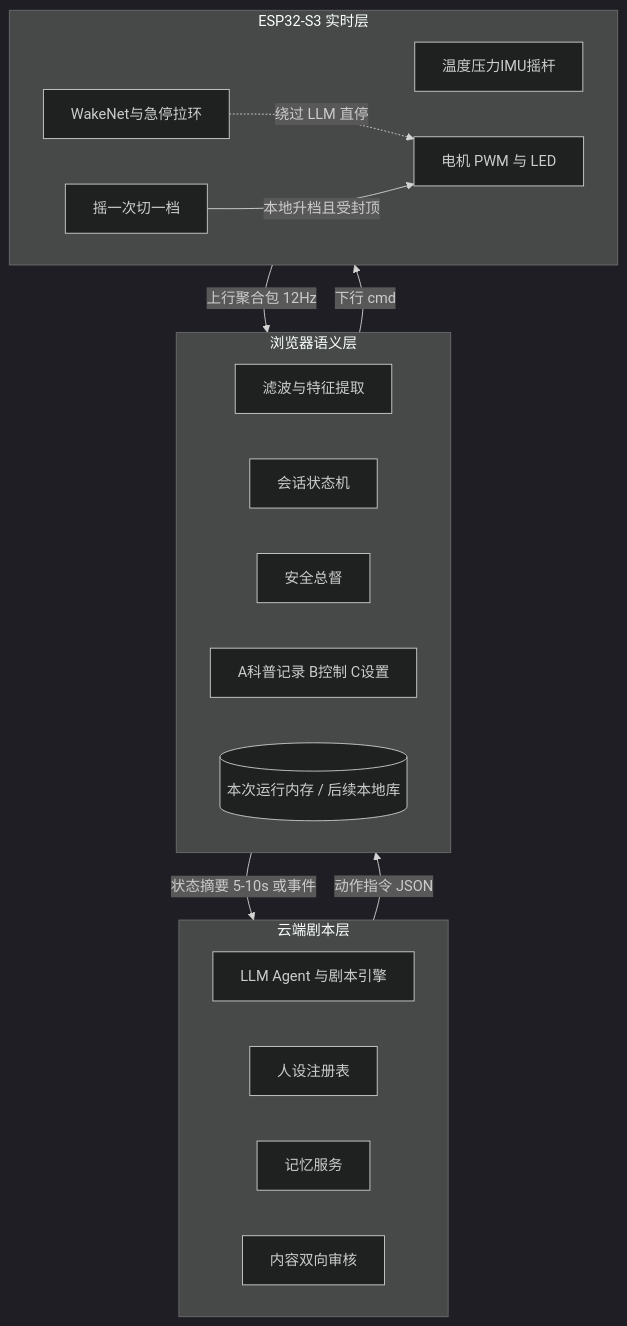
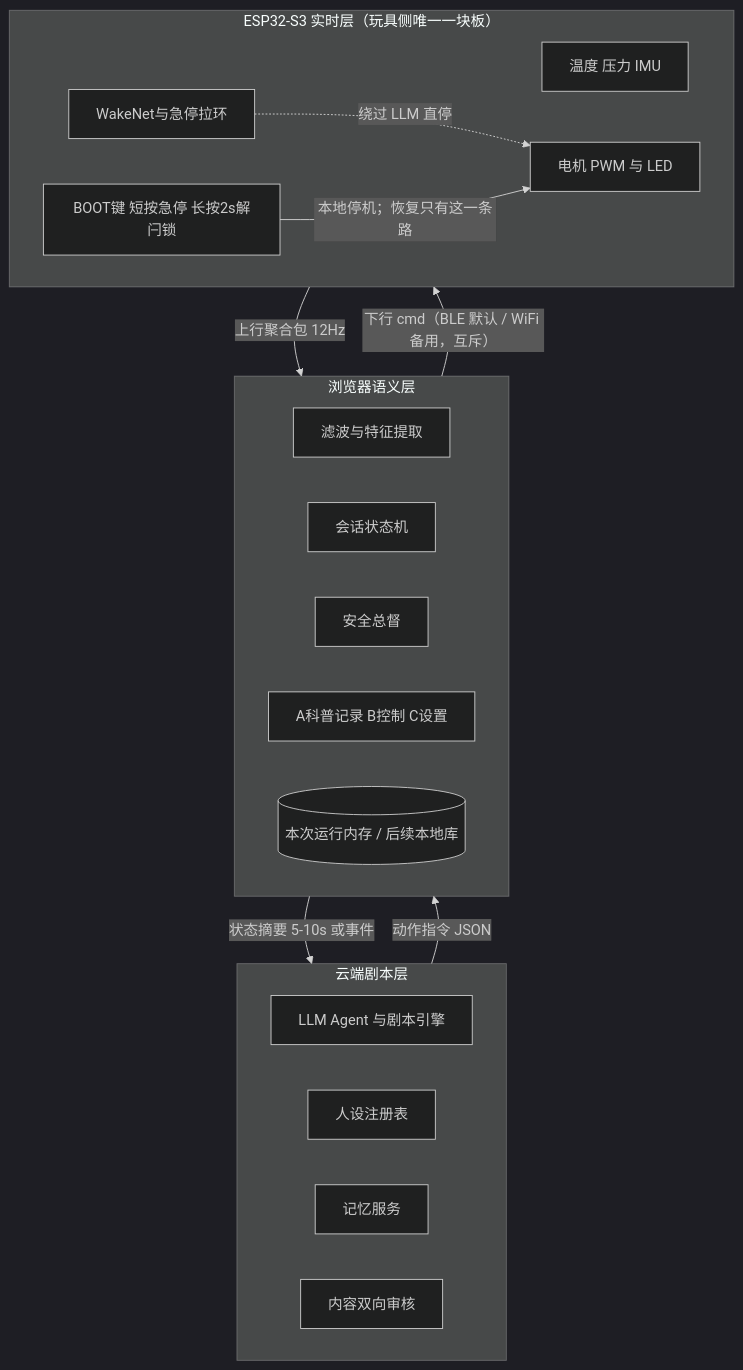
The first of 3 diagrams in docs/architecture/产品架构.md (Binomial-distribution/nascent), drawn with Mermaid (dark theme) before and after one commit. The commit also changed other lines of this file and 9 other files, not shown here.

````diff
--- a/docs/architecture/产品架构.md
+++ b/docs/architecture/产品架构.md
@@ -66,28 +73,28 @@
 ```mermaid
 flowchart TB
   subgraph C[云端剧本层]
     LLM[LLM Agent 与剧本引擎]
     PR[人设注册表]
     MEM[记忆服务]
     AUD[内容双向审核]
   end
   subgraph A[浏览器语义层]
     FEAT[滤波与特征提取]
     FSM[会话状态机]
     GOV[安全总督]
     UI[A科普记录 B控制 C设置]
     DB[(本次运行内存 / 后续本地库)]
   end
-  subgraph D[ESP32-S3 实时层]
-    SEN[温度压力IMU摇杆]
-    WN[WakeNet与急停拉环]
-    JOY[摇一次切一档]
+  subgraph D["ESP32-S3 实时层（玩具侧唯一一块板）"]
+    SEN["温度 压力 IMU"]
+    WN["WakeNet与急停拉环"]
+    BOOT["BOOT键 短按急停 长按2s解闩锁"]
     ACT[电机 PWM 与 LED]
   end
   C -->|动作指令 JSON| A
   A -->|状态摘要 5-10s 或事件| C
-  A -->|下行 cmd| D
+  A -->|"下行 cmd（BLE 默认 / WiFi 备用，互斥）"| D
   D -->|上行聚合包 12Hz| A
   WN -.->|绕过 LLM 直停| ACT
-  JOY -->|本地升档且受封顶| ACT
+  BOOT -->|"本地停机；恢复只有这一条路"| ACT
 ```
````
